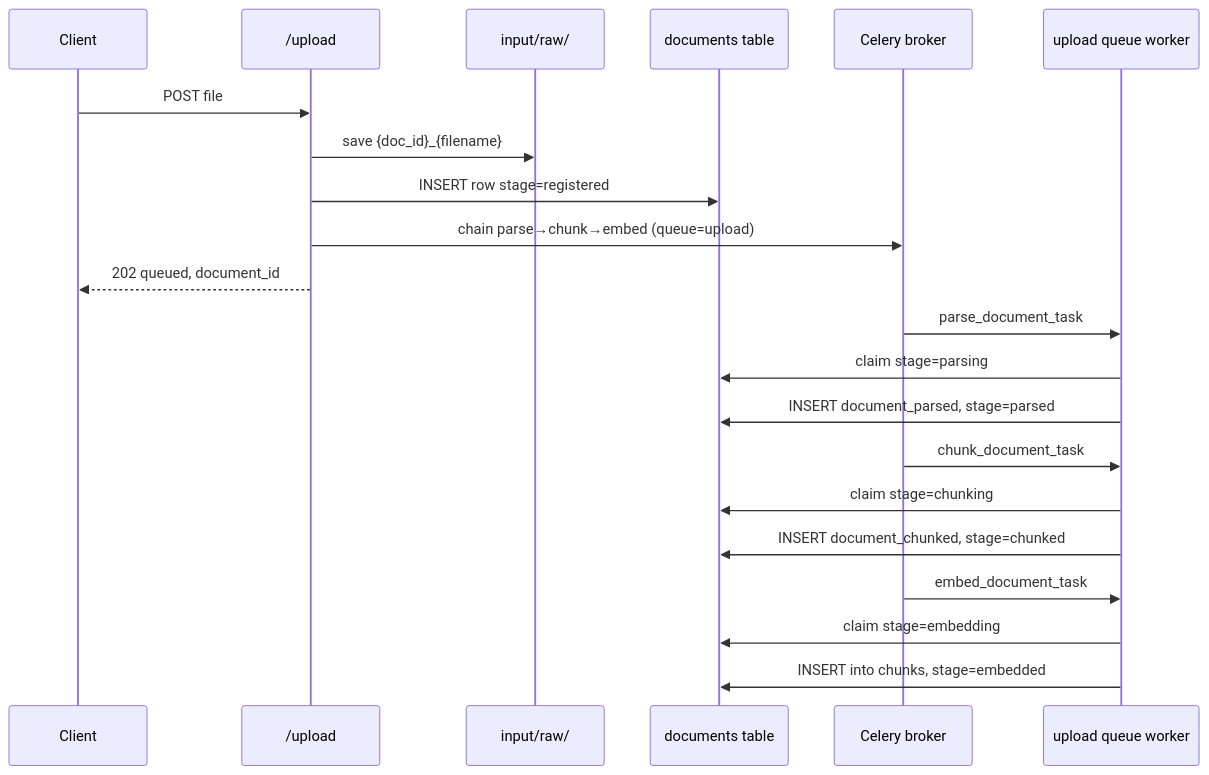
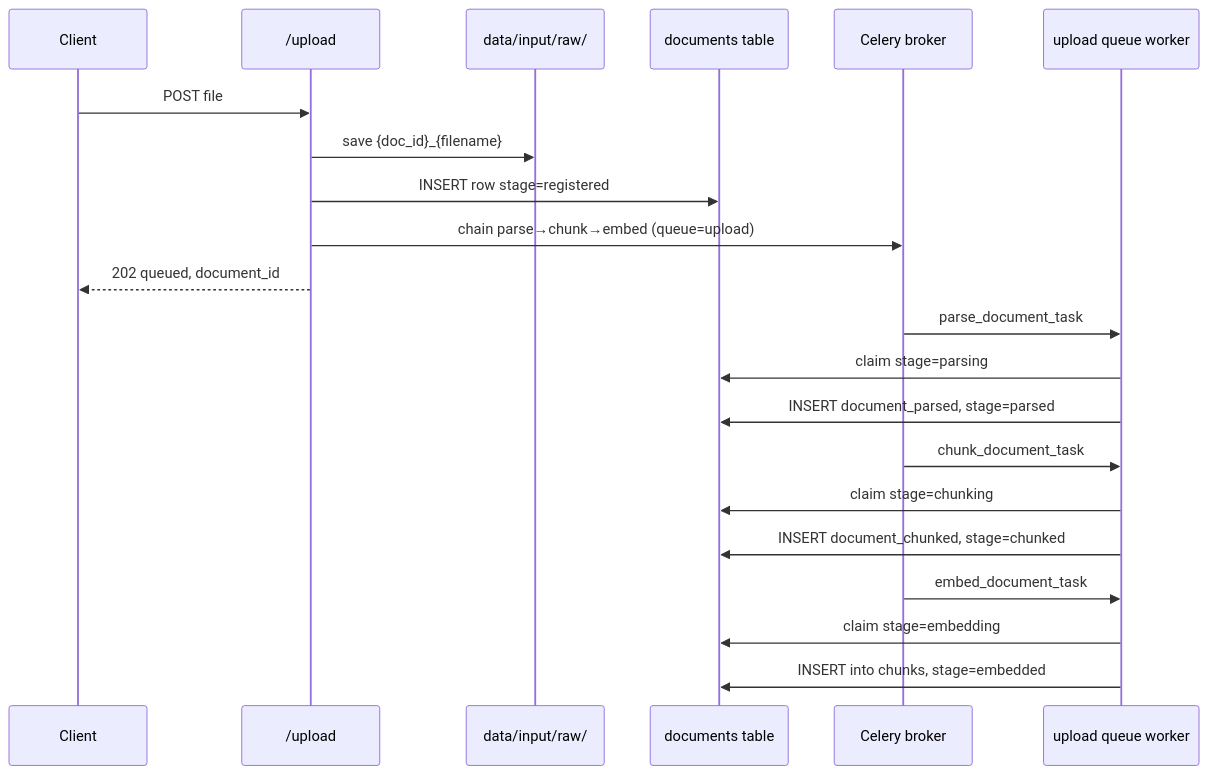
One commit to LongAiden/rag_with_llama changed the second of 2 diagrams in docs/20260802_ingestion_workflow.md. Above: the diagram before and after it, drawn with Mermaid. The commit also changed other lines of this file and 18 other files, not shown here.

````diff
--- a/docs/20260802_ingestion_workflow.md
+++ b/docs/20260802_ingestion_workflow.md
@@ -86,24 +86,24 @@
 ```mermaid
 sequenceDiagram
     participant Client
     participant API as /upload
-    participant Raw as input/raw/
+    participant Raw as data/input/raw/
     participant DB as documents table
     participant Redis as Celery broker
     participant Upload as upload queue worker
 
     Client->>API: POST file
     API->>Raw: save {doc_id}_{filename}
     API->>DB: INSERT row stage=registered
     API->>Redis: chain parse→chunk→embed (queue=upload)
     API-->>Client: 202 queued, document_id
     Redis->>Upload: parse_document_task
     Upload->>DB: claim stage=parsing
     Upload->>DB: INSERT document_parsed, stage=parsed
     Redis->>Upload: chunk_document_task
     Upload->>DB: claim stage=chunking
     Upload->>DB: INSERT document_chunked, stage=chunked
     Redis->>Upload: embed_document_task
     Upload->>DB: claim stage=embedding
     Upload->>DB: INSERT into chunks, stage=embedded
 ```
````
